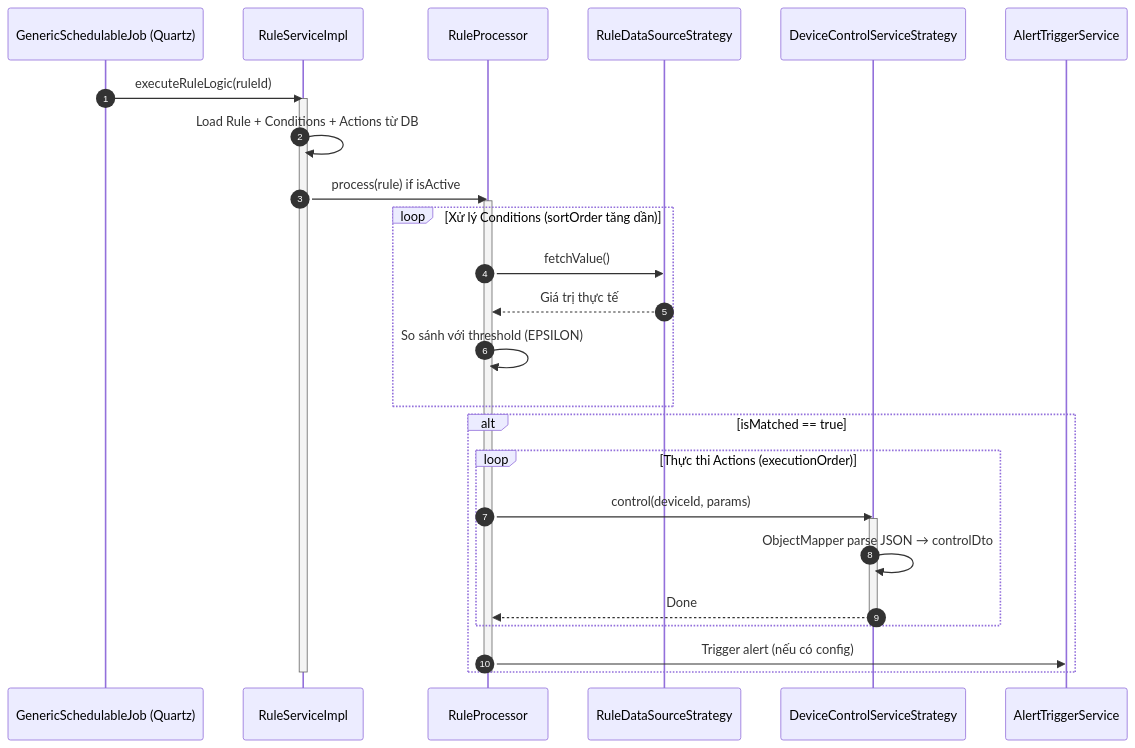
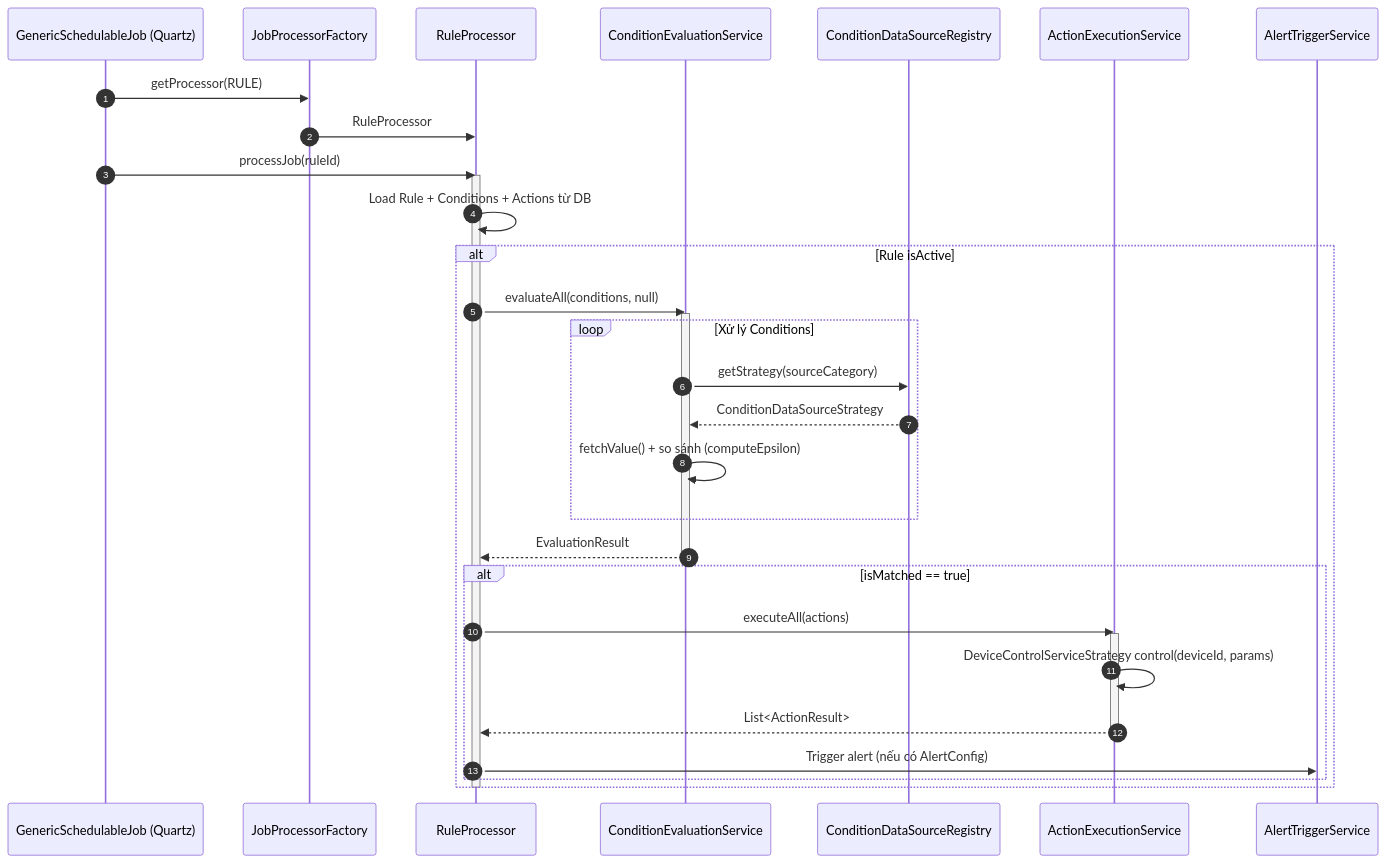
The seventh of 11 diagrams in SYSTEM.md (MaiTheHao/smart-room-iot-server), drawn with Mermaid before and after one commit. The commit also changed other lines of this file and 4 other files, not shown here.

````diff
--- a/SYSTEM.md
+++ b/SYSTEM.md
@@ -369,36 +373,37 @@
 ```mermaid
 sequenceDiagram
     autonumber
     participant Job as GenericSchedulableJob (Quartz)
-    participant Svc as RuleServiceImpl
+    participant Factory as JobProcessorFactory
     participant Processor as RuleProcessor
-    participant DataStrategy as RuleDataSourceStrategy
-    participant ActionStrategy as DeviceControlServiceStrategy
+    participant Eval as ConditionEvaluationService
+    participant Registry as ConditionDataSourceRegistry
+    participant Action as ActionExecutionService
     participant AlertSvc as AlertTriggerService
-    
-    Job->>Svc: executeRuleLogic(ruleId)
-    activate Svc
-    Svc->>Svc: Load Rule + Conditions + Actions từ DB
-    Svc->>Processor: process(rule) if isActive
+
+    Job->>Factory: getProcessor(RULE)
+    Factory->>Processor: RuleProcessor
+    Job->>Processor: processJob(ruleId)
     activate Processor
-
-    loop Xử lý Conditions (sortOrder tăng dần)
-        Processor->>DataStrategy: fetchValue()
-        DataStrategy-->>Processor: Giá trị thực tế
-        Processor->>Processor: So sánh với threshold (EPSILON)
+    Processor->>Processor: Load Rule + Conditions + Actions từ DB
+    alt Rule isActive
+        Processor->>Eval: evaluateAll(conditions, null)
+        activate Eval
+        loop Xử lý Conditions
+            Eval->>Registry: getStrategy(sourceCategory)
+            Registry-->>Eval: ConditionDataSourceStrategy
+            Eval->>Eval: fetchValue() + so sánh (computeEpsilon)
+        end
+        Eval-->>Processor: EvaluationResult
+        deactivate Eval
+        alt isMatched == true
+            Processor->>Action: executeAll(actions)
+            activate Action
+            Action->>Action: DeviceControlServiceStrategy control(deviceId, params)
+            Action-->>Processor: List<ActionResult>
+            deactivate Action
+            Processor->>AlertSvc: Trigger alert (nếu có AlertConfig)
+        end
     end
-
-    alt isMatched == true
-        loop Thực thi Actions (executionOrder)
-            Processor->>ActionStrategy: control(deviceId, params)
-            activate ActionStrategy
-            ActionStrategy->>ActionStrategy: ObjectMapper parse JSON → controlDto
-            ActionStrategy-->>Processor: Done
-            deactivate ActionStrategy
-        end
-        Processor->>AlertSvc: Trigger alert (nếu có config)
-    end
-
     deactivate Processor
-    deactivate Svc
 ```
````
